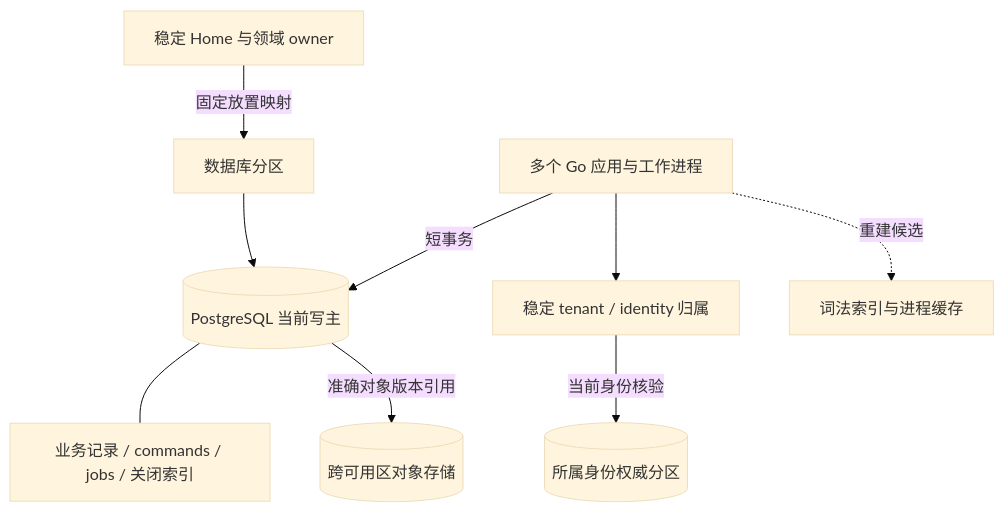
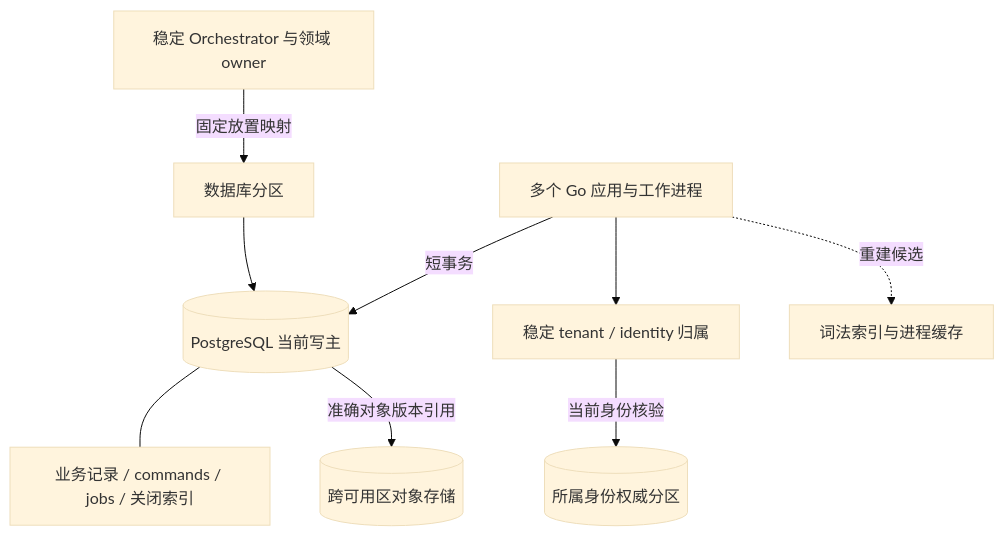
The first of 4 diagrams in docs/architecture/storage-and-middleware.md (ruipengliu/lerna), drawn with Mermaid (base theme) before and after one commit. The commit also changed other lines of this file and 174 other files, not shown here.

````diff
--- a/docs/architecture/storage-and-middleware.md
+++ b/docs/architecture/storage-and-middleware.md
@@ -10,11 +10,11 @@
 ```mermaid
 flowchart TB
-    H[稳定 Home 与领域 owner] -->|固定放置映射| P[数据库分区]
+    H[稳定 Orchestrator 与领域 owner] -->|固定放置映射| P[数据库分区]
     A[多个 Go 应用与工作进程] -->|短事务| W[(PostgreSQL 当前写主)]
     P --> W
     W --- B[业务记录 / commands / jobs / 关闭索引]
     W -->|准确对象版本引用| O[(跨可用区对象存储)]
     I[稳定 tenant / identity 归属] -->|当前身份核验| D[(所属身份权威分区)]
     A --> I
     A -.重建候选.-> X[词法索引与进程缓存]
 ```
````
